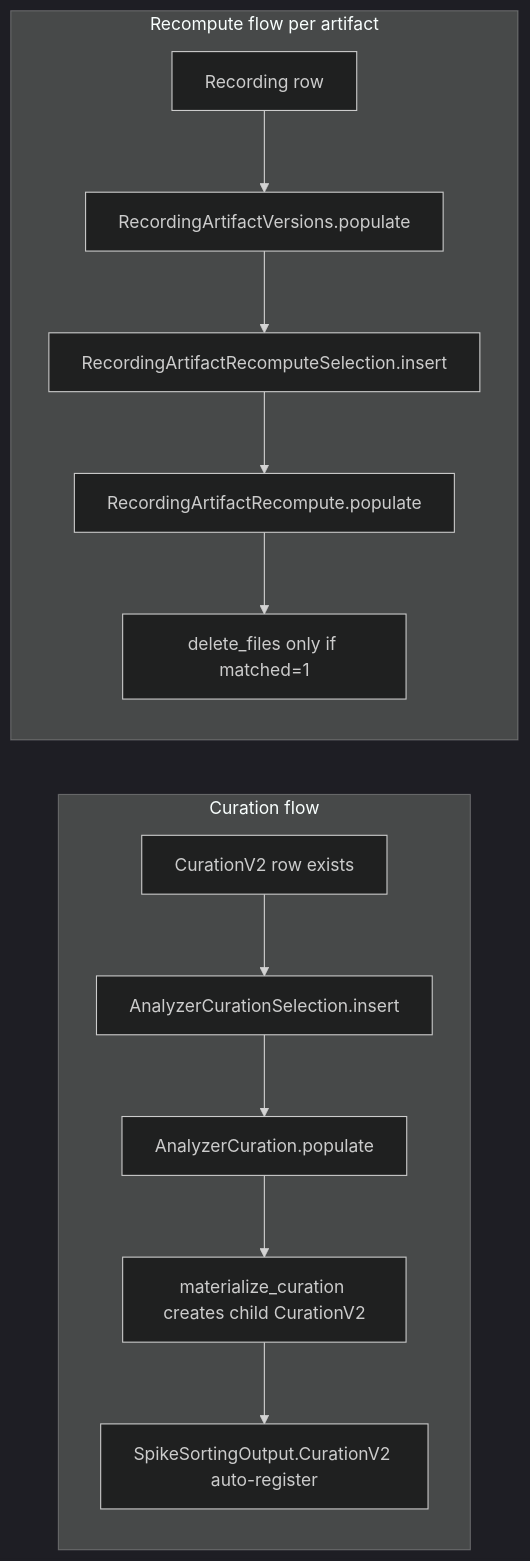
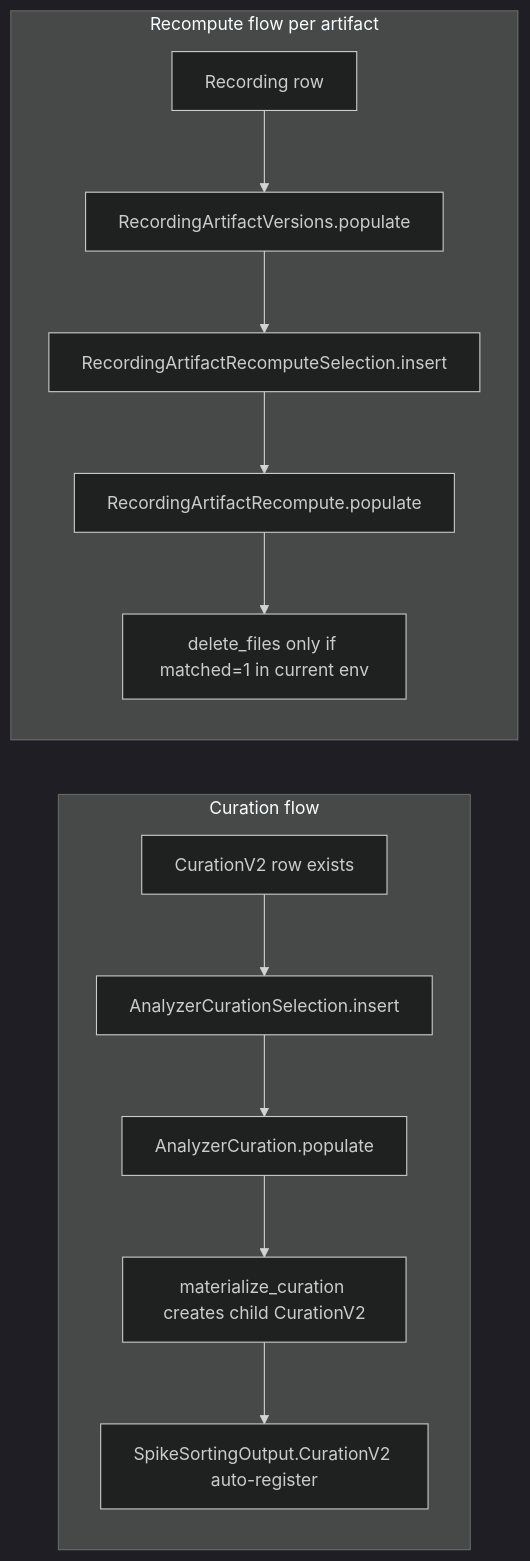
The third of 3 diagrams in .claude/docs/plans/spikesorting-v2/diagrams/02-phase-2.md (LorenFrankLab/spyglass), drawn with Mermaid (dark theme) before and after one commit. The commit also changed other lines of this file and 10 other files, not shown here.

````diff
--- a/.claude/docs/plans/spikesorting-v2/diagrams/02-phase-2.md
+++ b/.claude/docs/plans/spikesorting-v2/diagrams/02-phase-2.md
@@ -164,16 +164,16 @@
 ```mermaid
 flowchart LR
     subgraph "Curation flow"
         C[CurationV2 row exists] --> S[AnalyzerCurationSelection.insert]
         S --> A[AnalyzerCuration.populate]
         A --> M[materialize_curation creates child CurationV2]
         M --> R[SpikeSortingOutput.CurationV2 auto-register]
     end
 
     subgraph "Recompute flow per artifact"
         REC[Recording row] --> V[RecordingArtifactVersions.populate]
         V --> RS[RecordingArtifactRecomputeSelection.insert]
         RS --> RR[RecordingArtifactRecompute.populate]
-        RR --> DEL[delete_files only if matched=1]
+        RR --> DEL[delete_files only if matched=1 in current env]
     end
 ```
````
